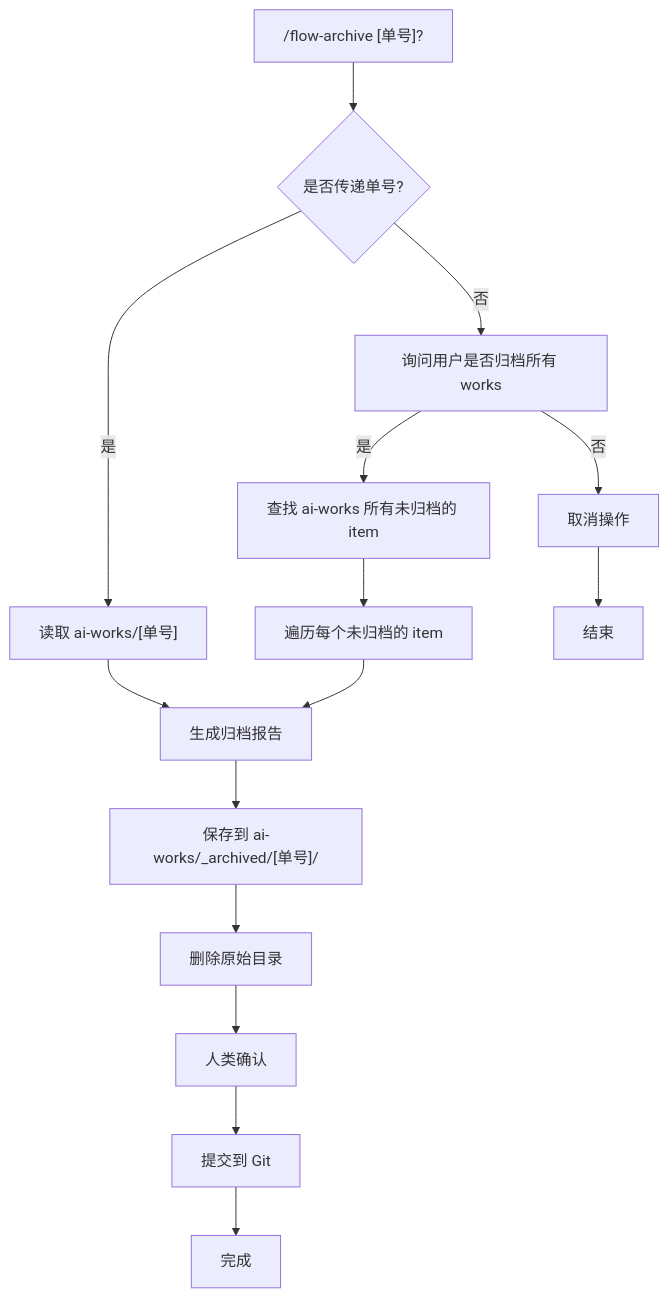
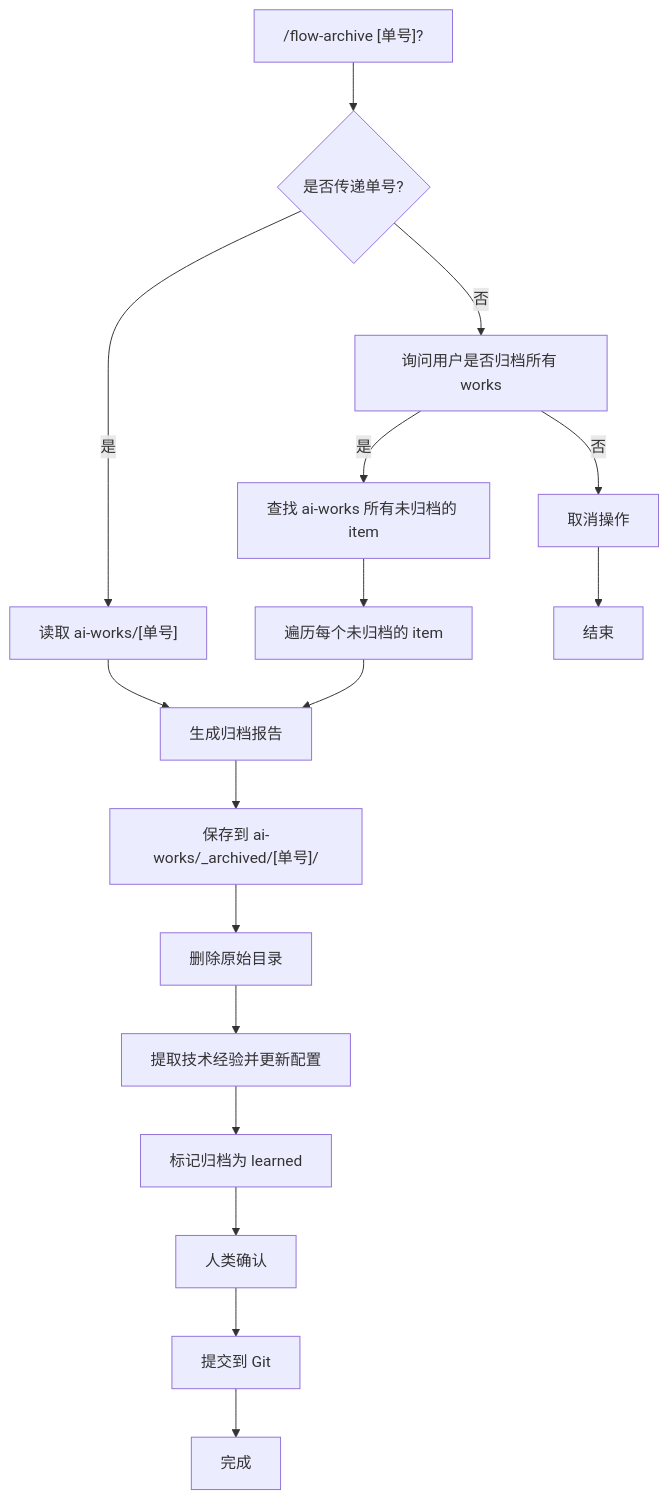
The diagram in ai-coding/action-archive.md (hakonleung/halo), drawn with Mermaid before and after one commit. The commit also changed other lines of this file and 3 other files, not shown here.

````diff
--- a/ai-coding/action-archive.md
+++ b/ai-coding/action-archive.md
@@ -25,17 +28,19 @@
 ```mermaid
 flowchart TD
     A["/flow-archive [单号]?"] --> B{是否传递单号?}
     B -->|是| C["读取 ai-works/[单号]"]
     B -->|否| D["询问用户是否归档所有 works"]
     D -->|是| E["查找 ai-works 所有未归档的 item"]
     D -->|否| F["取消操作"]
     E --> G["遍历每个未归档的 item"]
     C --> H["生成归档报告"]
     G --> H
     H --> I["保存到 ai-works/_archived/[单号]/"]
     I --> J["删除原始目录"]
-    J --> K["人类确认"]
-    K --> L["提交到 Git"]
-    L --> M["完成"]
-    F --> N["结束"]
+    J --> K["提取技术经验并更新配置"]
+    K --> L["标记归档为 learned"]
+    L --> M["人类确认"]
+    M --> N["提交到 Git"]
+    N --> O["完成"]
+    F --> P["结束"]
 ```
````
